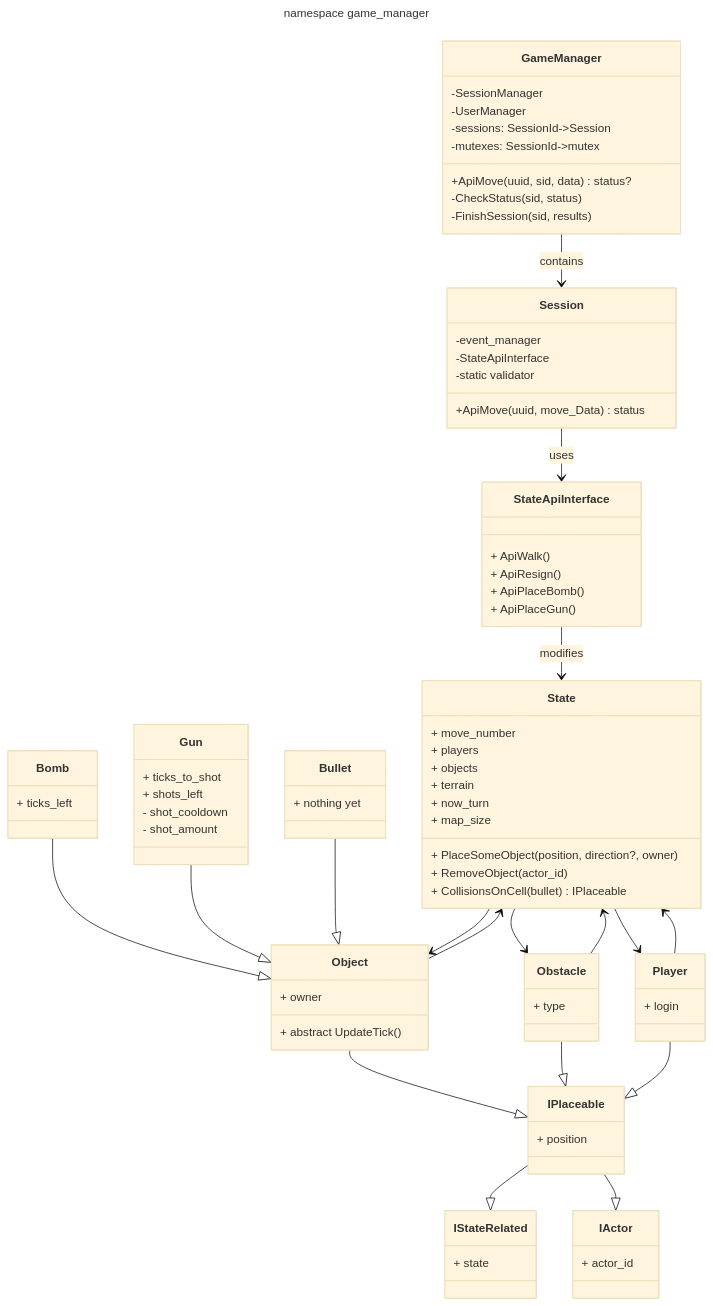
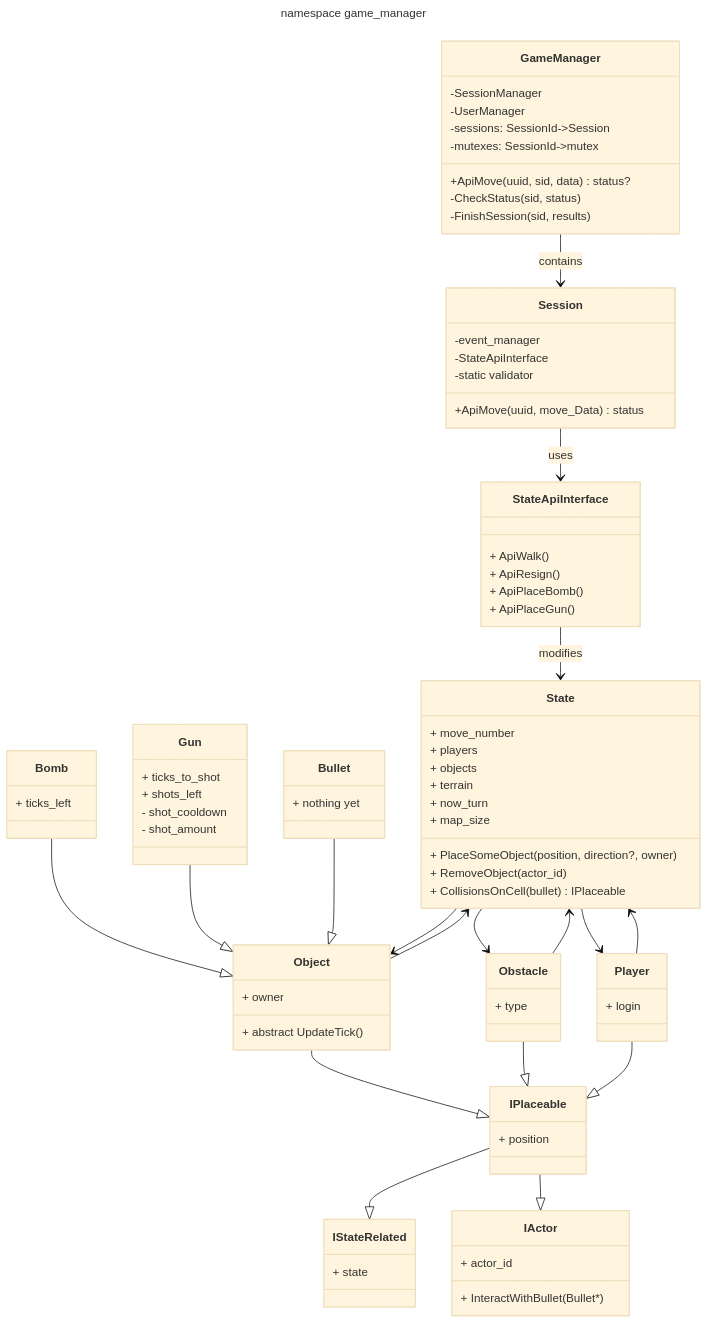
One commit to LeeDoor/game_webserver changed the diagram in docs/game_manager.md. Above: the diagram before and after it, drawn with Mermaid (base theme). The commit also changed 4 other files, not shown here.

```diff
--- a/docs/game_manager.md
+++ b/docs/game_manager.md
@@ -61,6 +61,7 @@
 }
 class IActor{
 + actor_id
++ InteractWithBullet(Bullet*)
 }
 class IPlaceable {
 + position
```
